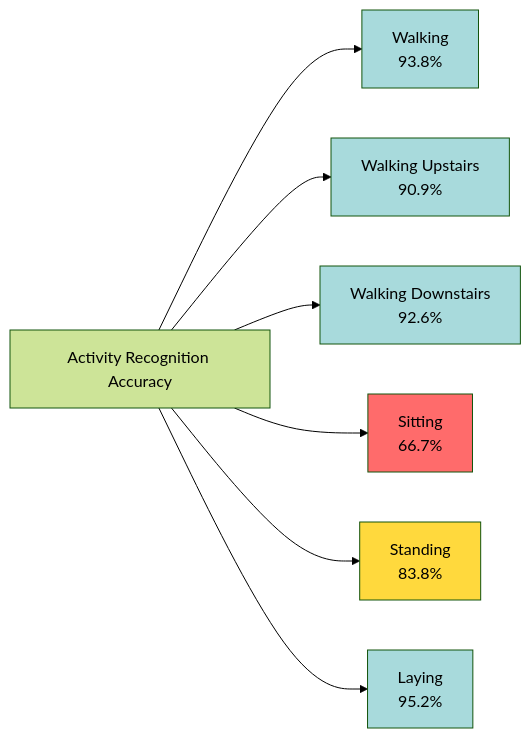
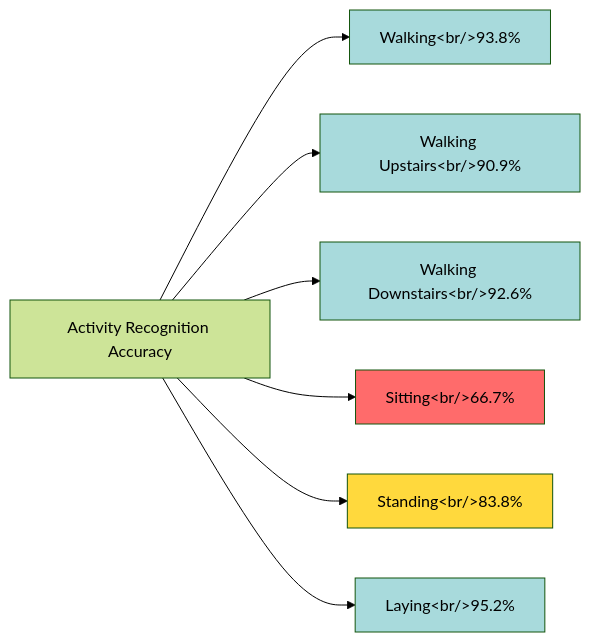
One commit to anubhab-codes/eigenbytes-site changed the fourth of 10 diagrams in docs/publications/technical-papers/continuous-authentication/07 results-performance-analysis.md. Above: the diagram before and after it, drawn with Mermaid (forest theme). The commit also changed other lines of this file, not shown here.

````diff
--- a/docs/publications/technical-papers/continuous-authentication/07 results-performance-analysis.md
+++ b/docs/publications/technical-papers/continuous-authentication/07 results-performance-analysis.md
@@ -172,18 +172,18 @@
 ```mermaid
 graph LR
     A[Activity Recognition Accuracy]
     
-    A --> B[Walking<br/>93.8%]
-    A --> C[Walking Upstairs<br/>90.9%]
-    A --> D[Walking Downstairs<br/>92.6%]
-    A --> E[Sitting<br/>66.7%]
-    A --> F[Standing<br/>83.8%]
-    A --> G[Laying<br/>95.2%]
+    A --> B[Walking&lt;br/>93.8%]
+    A --> C[Walking Upstairs&lt;br/>90.9%]
+    A --> D[Walking Downstairs&lt;br/>92.6%]
+    A --> E[Sitting&lt;br/>66.7%]
+    A --> F[Standing&lt;br/>83.8%]
+    A --> G[Laying&lt;br/>95.2%]
     
     style B fill:#a8dadc
     style C fill:#a8dadc
     style D fill:#a8dadc
     style E fill:#ff6b6b
     style F fill:#ffd93d
     style G fill:#a8dadc
 ```
````
